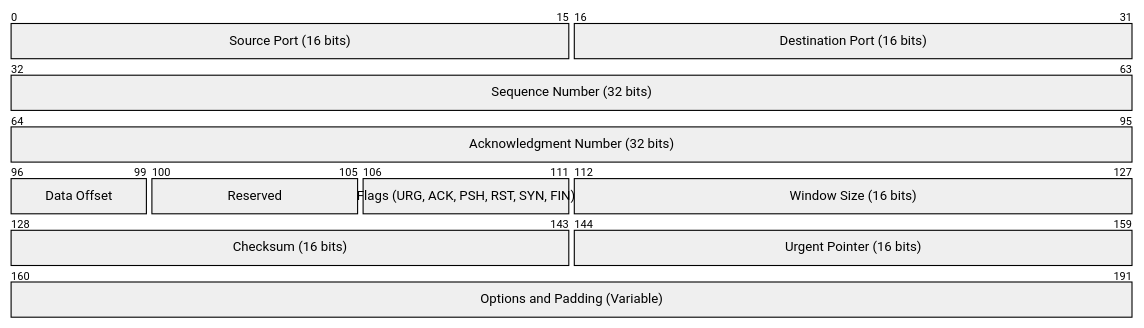
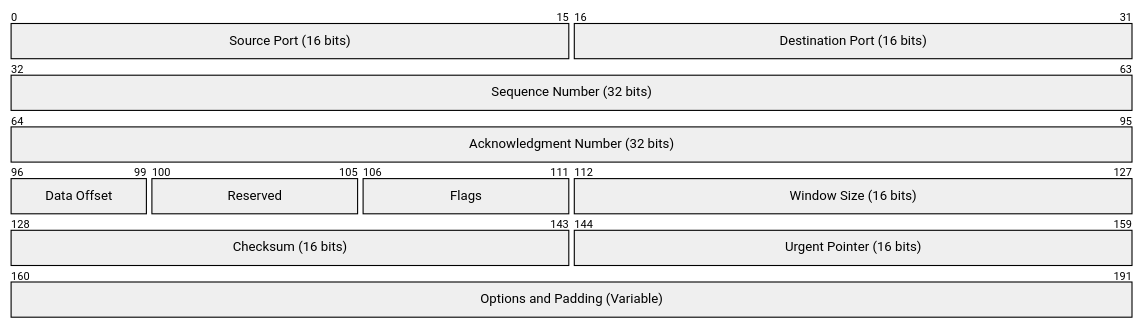
One commit to Mazchoo/Notezilla changed diagram 41 of 46 in src/frontend/static/mermaid_help_manual.md. Above: the diagram before and after it, drawn with Mermaid. The commit also changed 15 other files, not shown here.

````diff
--- a/src/frontend/static/mermaid_help_manual.md
+++ b/src/frontend/static/mermaid_help_manual.md
@@ -1154,14 +1154,14 @@
 ```mermaid
 packet-beta
     0-15: "Source Port (16 bits)"
     16-31: "Destination Port (16 bits)"
     32-63: "Sequence Number (32 bits)"
     64-95: "Acknowledgment Number (32 bits)"
     96-99: "Data Offset"
     100-105: "Reserved"
-    106-111: "Flags (URG, ACK, PSH, RST, SYN, FIN)"
+    106-111: "Flags"
     112-127: "Window Size (16 bits)"
     128-143: "Checksum (16 bits)"
     144-159: "Urgent Pointer (16 bits)"
     160-191: "Options and Padding (Variable)"
 ```
````
